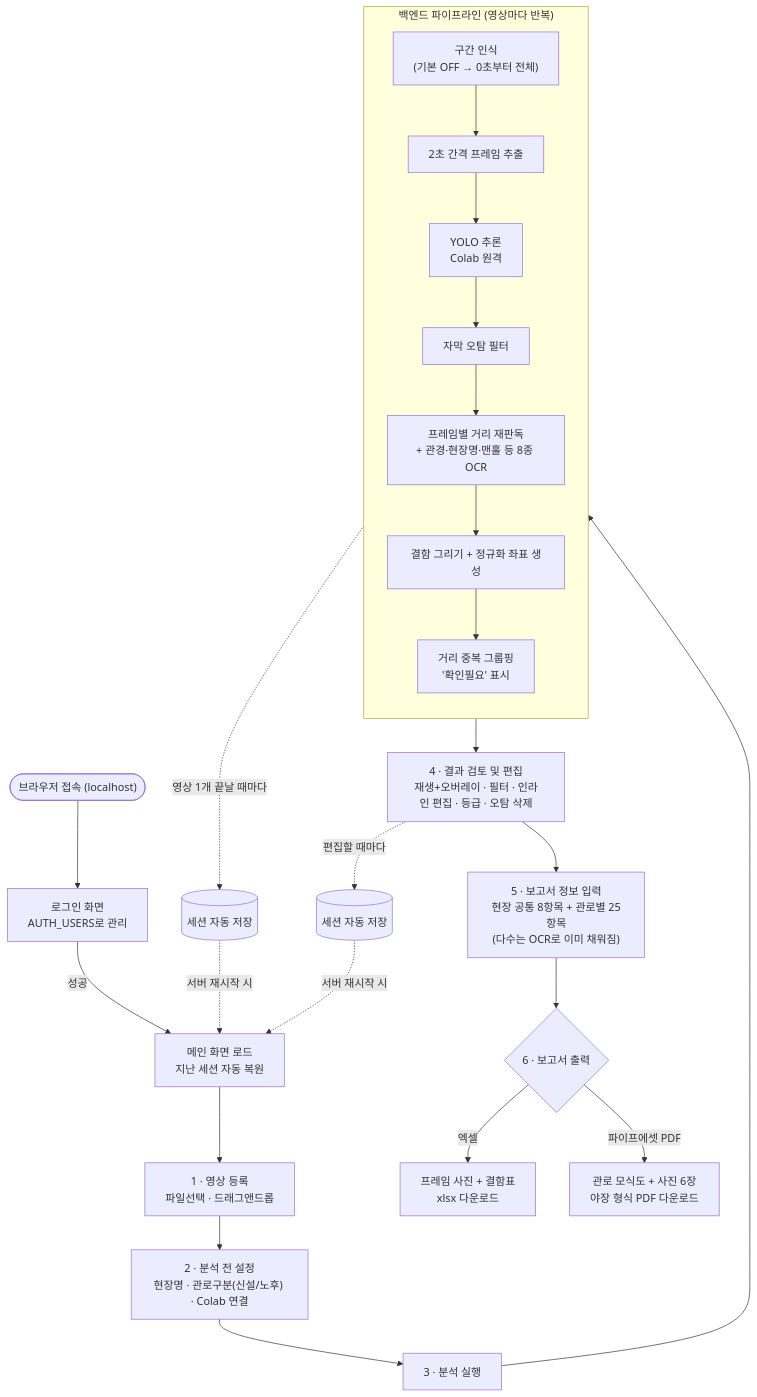
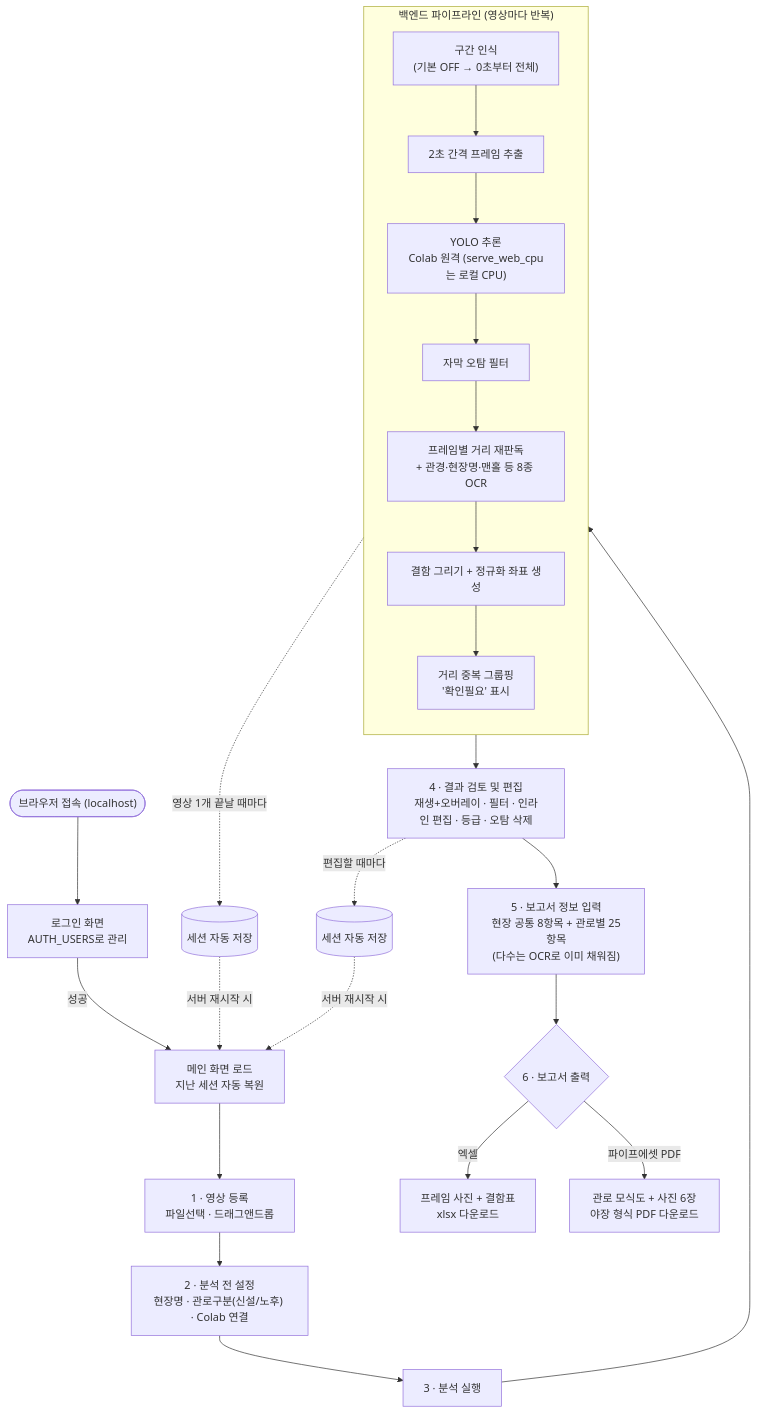
Before and after one commit to Eunbee-K/AI_CCTV: the diagram in docs/reports/2026-08-05-전체-유저플로우.md, drawn with Mermaid. The commit also changed other lines of this file and 4 other files, not shown here.

````diff
--- a/docs/reports/2026-08-05-전체-유저플로우.md
+++ b/docs/reports/2026-08-05-전체-유저플로우.md
@@ -13,35 +13,35 @@
 ```mermaid
 flowchart TD
     START(["브라우저 접속 (localhost)"]) --> LOGIN["로그인 화면<br/>AUTH_USERS로 관리"]
     LOGIN -- "성공" --> APP["메인 화면 로드<br/>지난 세션 자동 복원"]
 
     APP --> ADD["1 · 영상 등록<br/>파일선택 · 드래그앤드롭"]
     ADD --> SETUP["2 · 분석 전 설정<br/>현장명 · 관로구분(신설/노후) · Colab 연결"]
     SETUP --> RUN["3 · 분석 실행"]
 
     subgraph PIPE ["백엔드 파이프라인 (영상마다 반복)"]
         direction TB
         P1["구간 인식<br/>(기본 OFF → 0초부터 전체)"]
         P2["2초 간격 프레임 추출"]
-        P3["YOLO 추론<br/> Colab 원격"]
+        P3["YOLO 추론<br/>Colab 원격 (serve_web_cpu는 로컬 CPU)"]
         P4["자막 오탐 필터"]
         P5["프레임별 거리 재판독<br/>+ 관경·현장명·맨홀 등 8종 OCR"]
         P6["결함 그리기 + 정규화 좌표 생성"]
         P7["거리 중복 그룹핑<br/>'확인필요' 표시"]
         P1 --> P2 --> P3 --> P4 --> P5 --> P6 --> P7
     end
 
     RUN --> PIPE
     PIPE -.영상 1개 끝날 때마다.-> SAVE1[("세션 자동 저장")]
 
     PIPE --> REVIEW["4 · 결과 검토 및 편집<br/>재생+오버레이 · 필터 · 인라인 편집 · 등급 · 오탐 삭제"]
     REVIEW -.편집할 때마다.-> SAVE2[("세션 자동 저장")]
 
     REVIEW --> META["5 · 보고서 정보 입력<br/>현장 공통 8항목 + 관로별 25항목<br/>(다수는 OCR로 이미 채워짐)"]
     META --> EXPORT{"6 · 보고서 출력"}
     EXPORT -- "엑셀" --> XLSX["프레임 사진 + 결함표<br/>xlsx 다운로드"]
     EXPORT -- "파이프에셋 PDF" --> PDF["관로 모식도 + 사진 6장<br/>야장 형식 PDF 다운로드"]
 
     SAVE1 -.서버 재시작 시.-> APP
     SAVE2 -.서버 재시작 시.-> APP
 ```
````
